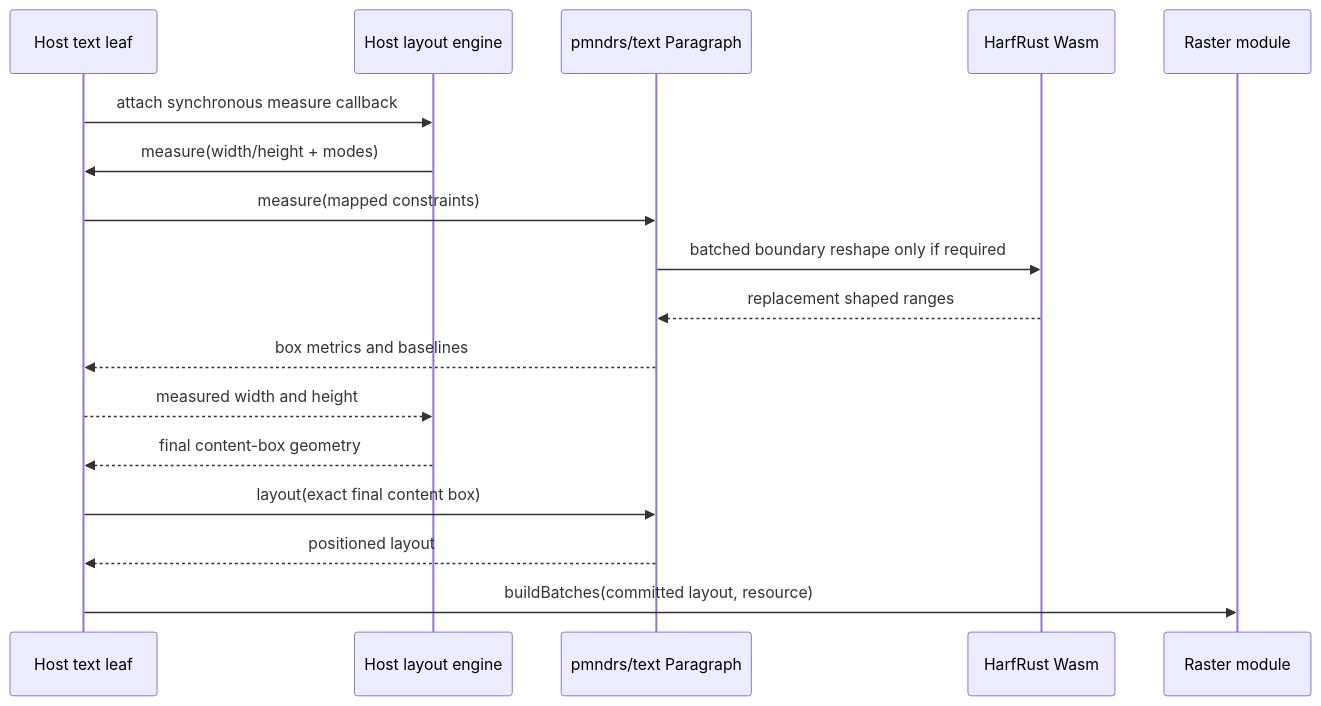
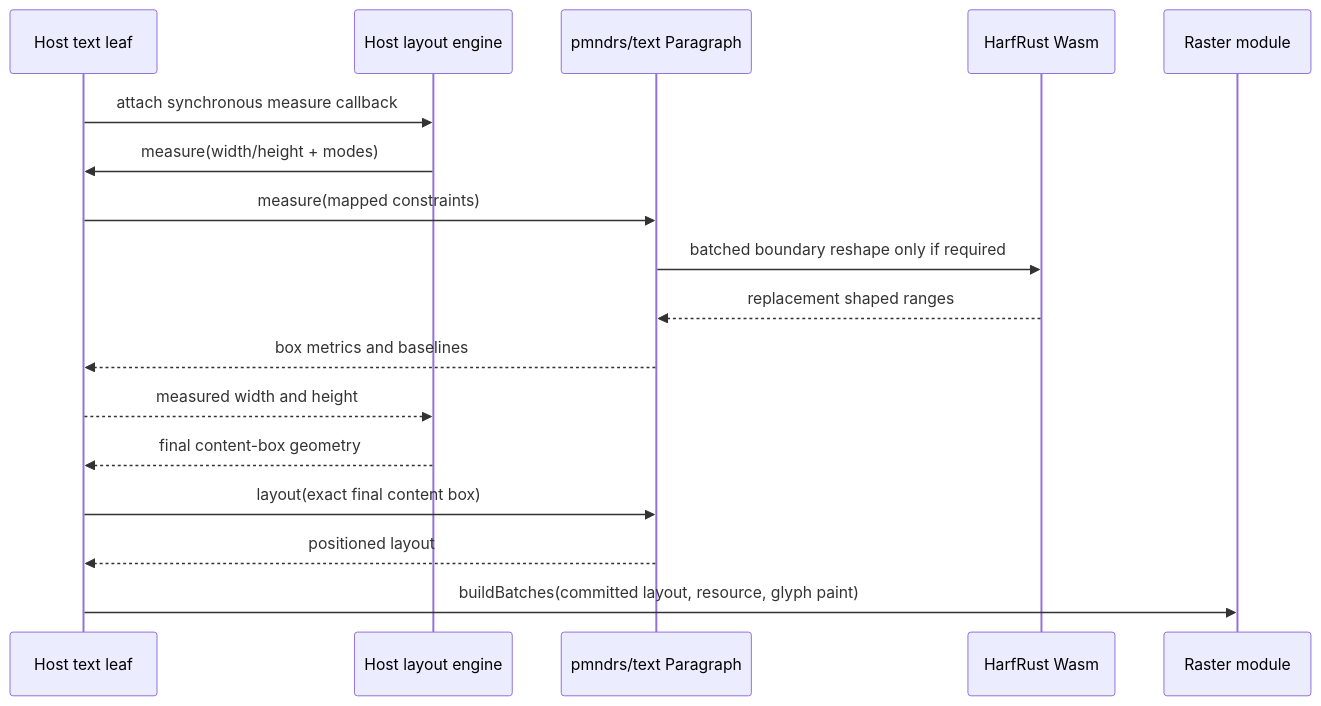
One commit to pmndrs/glyph changed the sixth of 6 diagrams in docs/planning/architecture.md. Above: the diagram before and after it, drawn with Mermaid. The commit also changed other lines of this file and 25 other files, not shown here.

````diff
--- a/docs/planning/architecture.md
+++ b/docs/planning/architecture.md
@@ -281,20 +284,20 @@
 ```mermaid
 sequenceDiagram
   participant U as Host text leaf
   participant Y as Host layout engine
   participant P as pmndrs/text Paragraph
   participant W as HarfRust Wasm
   participant R as Raster module
 
   U->>Y: attach synchronous measure callback
   Y->>U: measure(width/height + modes)
   U->>P: measure(mapped constraints)
   P->>W: batched boundary reshape only if required
   W-->>P: replacement shaped ranges
   P-->>U: box metrics and baselines
   U-->>Y: measured width and height
   Y-->>U: final content-box geometry
   U->>P: layout(exact final content box)
   P-->>U: positioned layout
-  U->>R: buildBatches(committed layout, resource)
+  U->>R: buildBatches(committed layout, resource, glyph paint)
 ```
````
